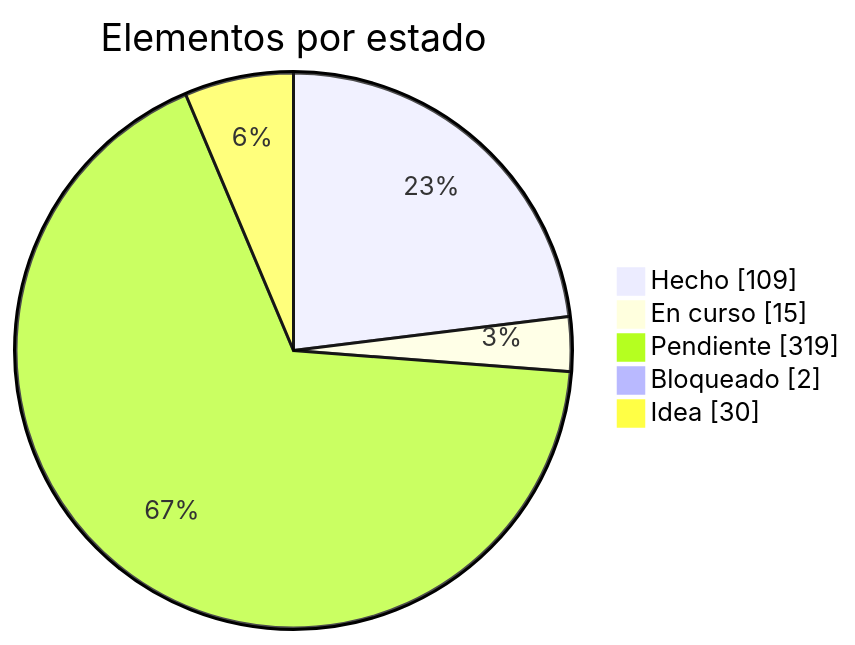
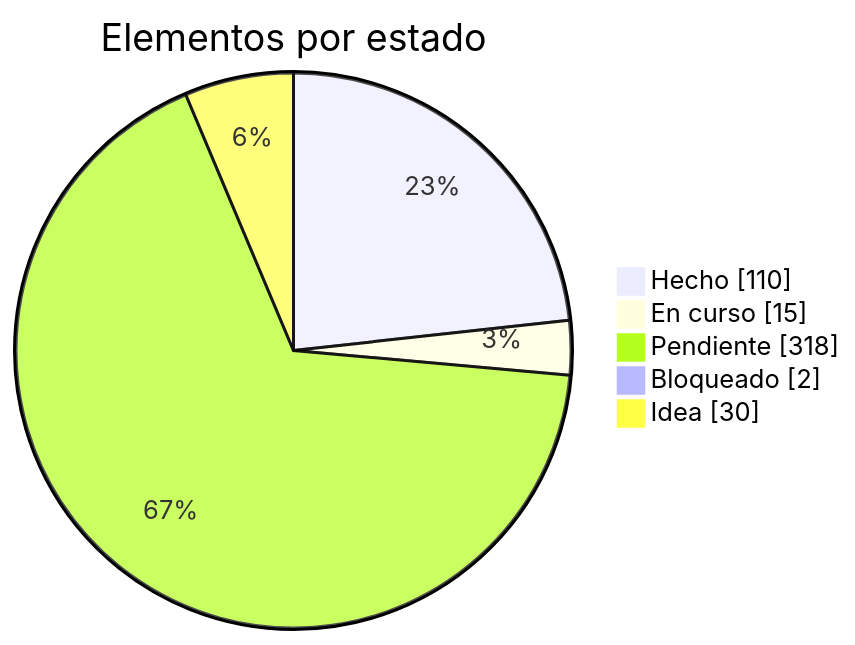
The first of 2 diagrams in docs/roadmap.md (dariogea/BM27), drawn with Mermaid before and after one commit. The commit also changed other lines of this file and 3 other files, not shown here.

````diff
--- a/docs/roadmap.md
+++ b/docs/roadmap.md
@@ -13,8 +13,8 @@
 ```mermaid
 pie showData title Elementos por estado
-  "Hecho" : 109
+  "Hecho" : 110
   "En curso" : 15
-  "Pendiente" : 319
+  "Pendiente" : 318
   "Bloqueado" : 2
   "Idea" : 30
 ```
````
